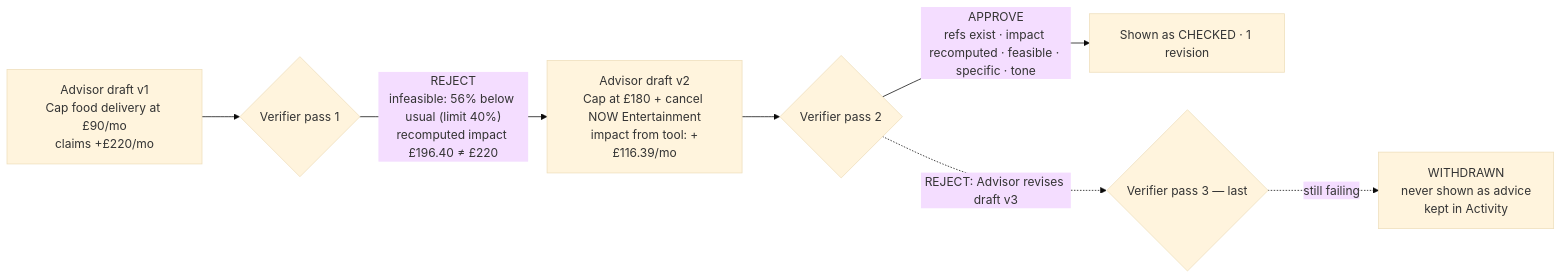
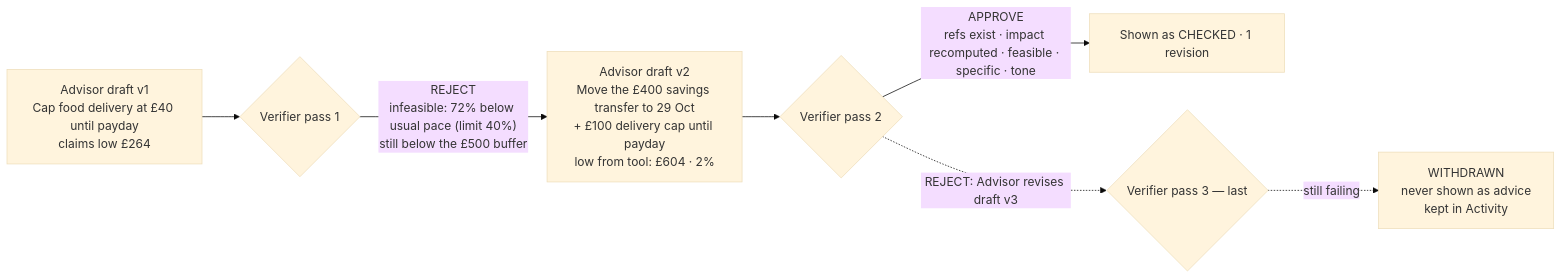
One commit to olaheavy-dev/Foresight changed the ninth of 13 diagrams in docs/03-USER-JOURNEYS.md. Above: the diagram before and after it, drawn with Mermaid (base theme). The commit also changed other lines of this file and 122 other files, not shown here.

````diff
--- a/docs/03-USER-JOURNEYS.md
+++ b/docs/03-USER-JOURNEYS.md
@@ -295,9 +295,9 @@
 ```mermaid
 flowchart LR
-  D1["Advisor draft v1<br/>Cap food delivery at £90/mo<br/>claims +£220/mo"] --> V1{Verifier pass 1}
-  V1 -->|"REJECT<br/>infeasible: 56% below usual (limit 40%)<br/>recomputed impact £196.40 ≠ £220"| D2["Advisor draft v2<br/>Cap at £180 + cancel NOW Entertainment<br/>impact from tool: +£116.39/mo"]
+  D1["Advisor draft v1<br/>Cap food delivery at £40 until payday<br/>claims low £264"] --> V1{Verifier pass 1}
+  V1 -->|"REJECT<br/>infeasible: 72% below usual pace (limit 40%)<br/>still below the £500 buffer"| D2["Advisor draft v2<br/>Move the £400 savings transfer to 29 Oct<br/>+ £100 delivery cap until payday<br/>low from tool: £604 · 2%"]
   D2 --> V2{Verifier pass 2}
   V2 -->|"APPROVE<br/>refs exist · impact recomputed · feasible · specific · tone"| OUT[Shown as CHECKED · 1 revision]
   V2 -.->|REJECT: Advisor revises draft v3| V3{Verifier pass 3 — last}
   V3 -.->|still failing| W["WITHDRAWN<br/>never shown as advice<br/>kept in Activity"]
 ```
````
